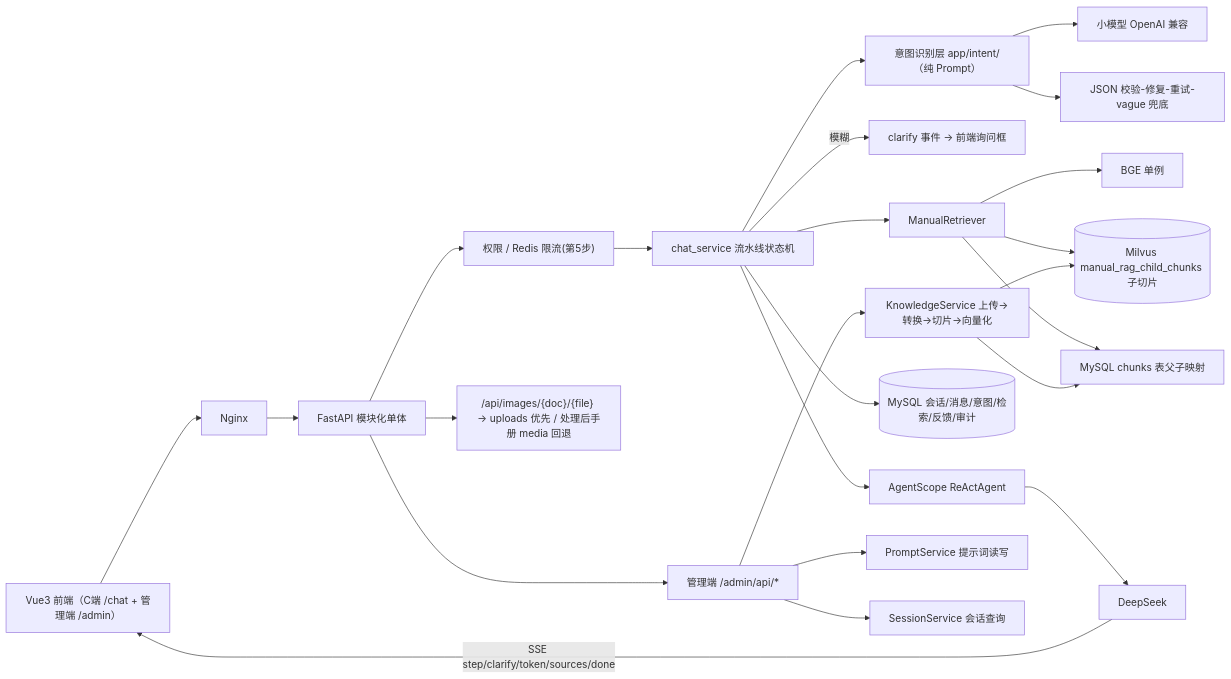
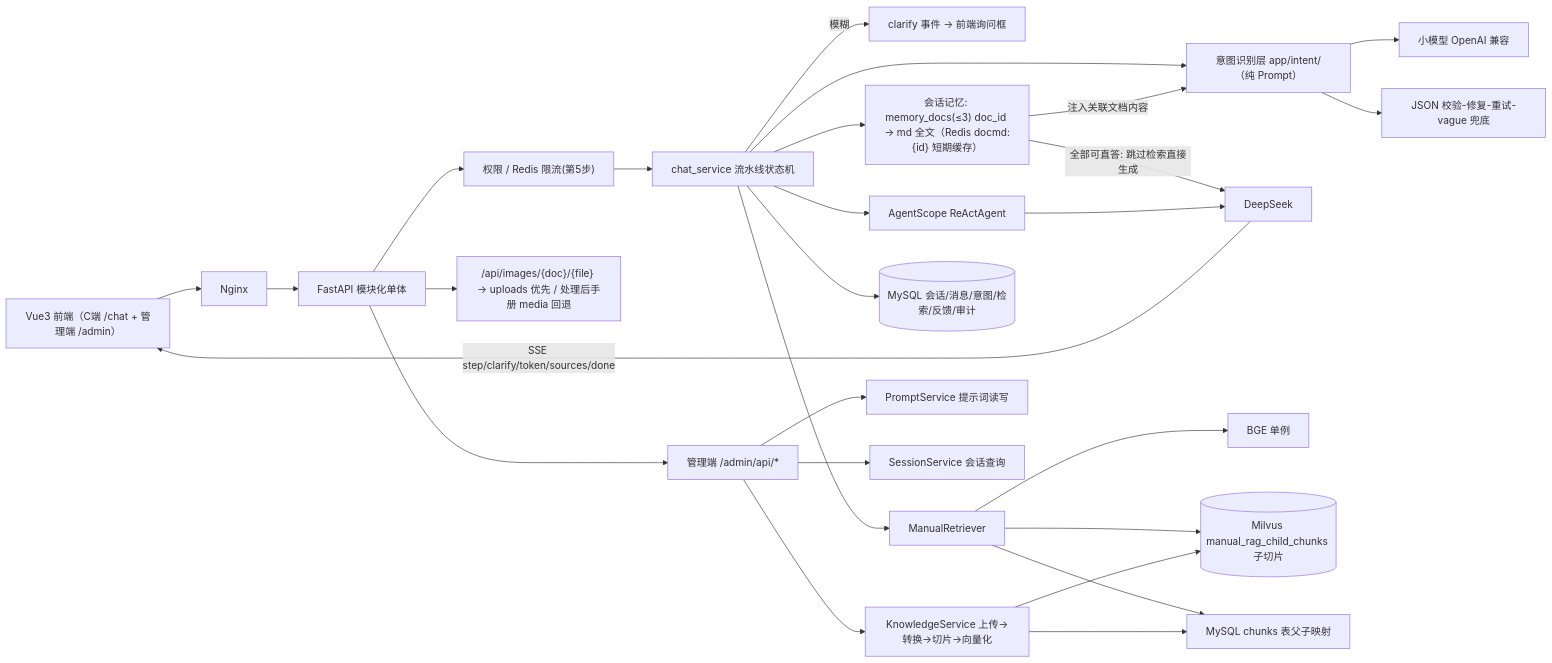
One commit to sjzgit/manual-rag-agent changed the diagram in docs/01_技术架构.md. Above: the diagram before and after it, drawn with Mermaid. The commit also changed other lines of this file and 19 other files, not shown here.

````diff
--- a/docs/01_技术架构.md
+++ b/docs/01_技术架构.md
@@ -76,24 +82,27 @@
 ```mermaid
 flowchart LR
     U["Vue3 前端（C端 /chat + 管理端 /admin）"] --> N["Nginx"] --> API["FastAPI 模块化单体"]
     API --> AUTH["权限 / Redis 限流(第5步)"]
     AUTH --> CS["chat_service 流水线状态机"]
     CS --> IR["意图识别层 app/intent/（纯 Prompt）"]
     IR --> SL["小模型 OpenAI 兼容"]
     IR --> V["JSON 校验-修复-重试-vague 兜底"]
     CS -->|模糊| CL["clarify 事件 → 前端询问框"]
+    CS --> MEM["会话记忆: memory_docs(≤3) doc_id → md 全文（Redis docmd:{id} 短期缓存）"]
+    MEM -->|注入关联文档内容| IR
+    MEM -->|全部可直答: 跳过检索直接生成| L
     CS --> R["ManualRetriever"]
     R --> E["BGE 单例"]
     R --> M[("Milvus manual_rag_child_chunks 子切片")]
     R --> CJ["MySQL chunks 表父子映射"]
     CS --> A["AgentScope ReActAgent"] --> L["DeepSeek"]
     L -->|SSE step/clarify/token/sources/done| U
     CS --> DB[("MySQL 会话/消息/意图/检索/反馈/审计")]
     API --> IMG["/api/images/{doc}/{file} → uploads 优先 / 处理后手册 media 回退"]
     API --> KBS["管理端 /admin/api/*"]
     KBS --> KS["KnowledgeService 上传→转换→切片→向量化"]
     KBS --> PS["PromptService 提示词读写"]
     KBS --> SS["SessionService 会话查询"]
     KS --> M
     KS --> CJ
 ```
````
